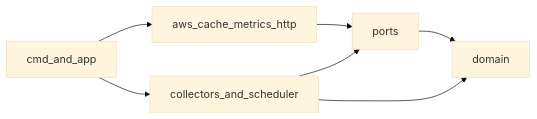
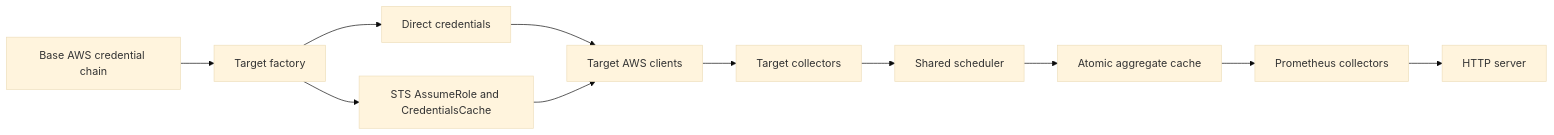
Before and after one commit to Sakuya1998/aws-cost-exporter: the diagram in ARCHITECTURE.md, drawn with Mermaid (base theme). The commit also changed other lines of this file and 91 other files, not shown here.

````diff
--- a/ARCHITECTURE.md
+++ b/ARCHITECTURE.md
@@ -37,15 +40,13 @@
 ```mermaid
 flowchart LR
-  Entry[cmd_and_app]
-  Adapters[aws_cache_metrics_http]
-  Application[collectors_and_scheduler]
-  Ports[ports]
-  Domain[domain]
-
-  Entry --> Adapters
-  Entry --> Application
-  Adapters --> Ports
-  Application --> Ports
-  Application --> Domain
-  Ports --> Domain
+  Base[Base AWS credential chain] --> Target[Target factory]
+  Target --> Direct[Direct credentials]
+  Target --> STS[STS AssumeRole and CredentialsCache]
+  Direct --> Clients[Target AWS clients]
+  STS --> Clients
+  Clients --> Collectors[Target collectors]
+  Collectors --> Scheduler[Shared scheduler]
+  Scheduler --> Cache[Atomic aggregate cache]
+  Cache --> Metrics[Prometheus collectors]
+  Metrics --> HTTP[HTTP server]
 ```
````
